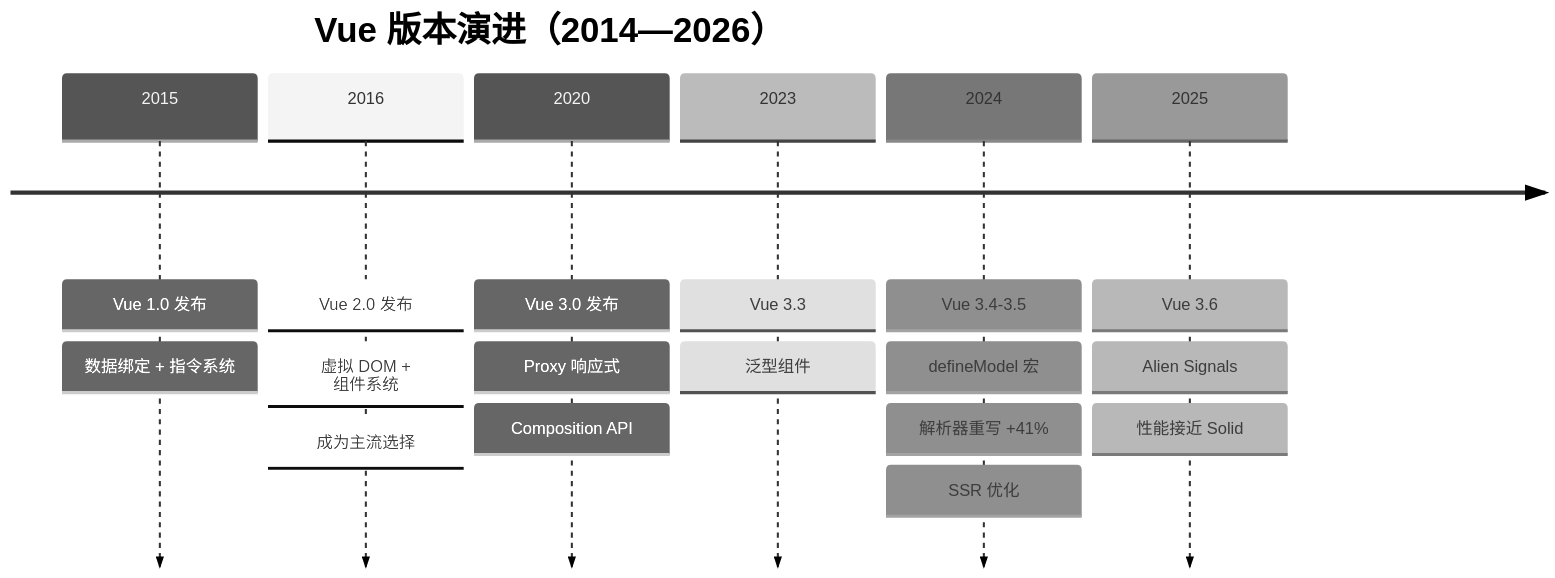
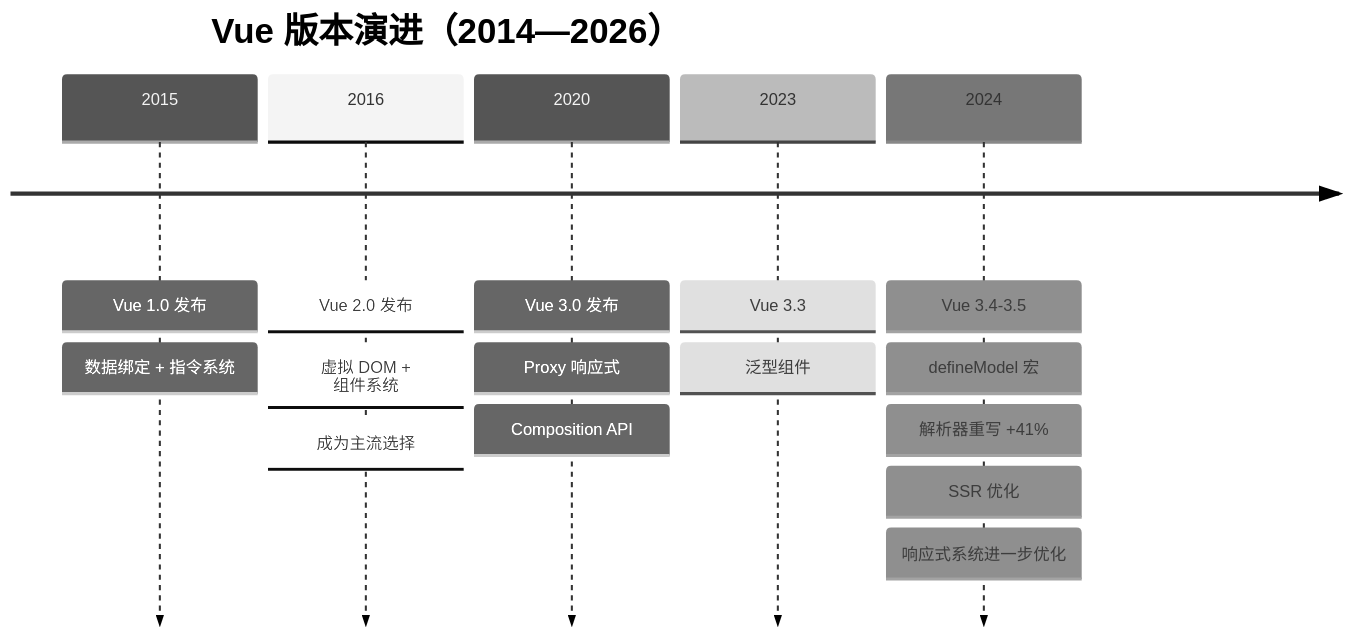
Before and after one commit to KMaybe01/common: the second of 46 diagrams in S2-框架深入/02-Vue3.md, drawn with Mermaid (neutral theme). The commit also changed other lines of this file and 51 other files, not shown here.

````diff
--- a/S2-框架深入/02-Vue3.md
+++ b/S2-框架深入/02-Vue3.md
@@ -247,21 +181,19 @@
 ```mermaid
 timeline
     title Vue 版本演进（2014—2026）
     2015 : Vue 1.0 发布
          : 数据绑定 + 指令系统
     2016 : Vue 2.0 发布
          : 虚拟 DOM + 组件系统
          : 成为主流选择
     2020 : Vue 3.0 发布
          : Proxy 响应式
          : Composition API
     2023 : Vue 3.3
          : 泛型组件
-    2024 : Vue 3.4-3.5
-         : defineModel 宏
-         : 解析器重写 +41%
-         : SSR 优化
-    2025 : Vue 3.6
-         : Alien Signals
-         : 性能接近 Solid
+     2024 : Vue 3.4-3.5
+          : defineModel 宏
+          : 解析器重写 +41%
+          : SSR 优化
+          : 响应式系统进一步优化
 ```
````
